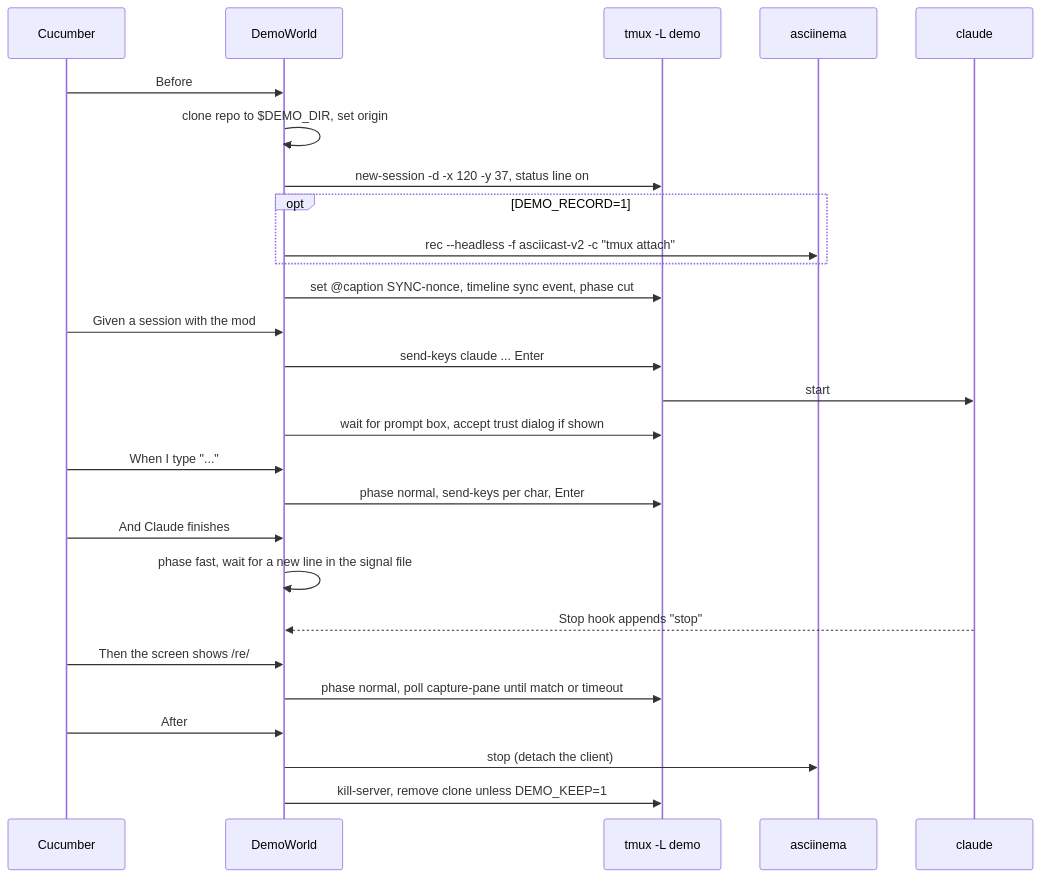
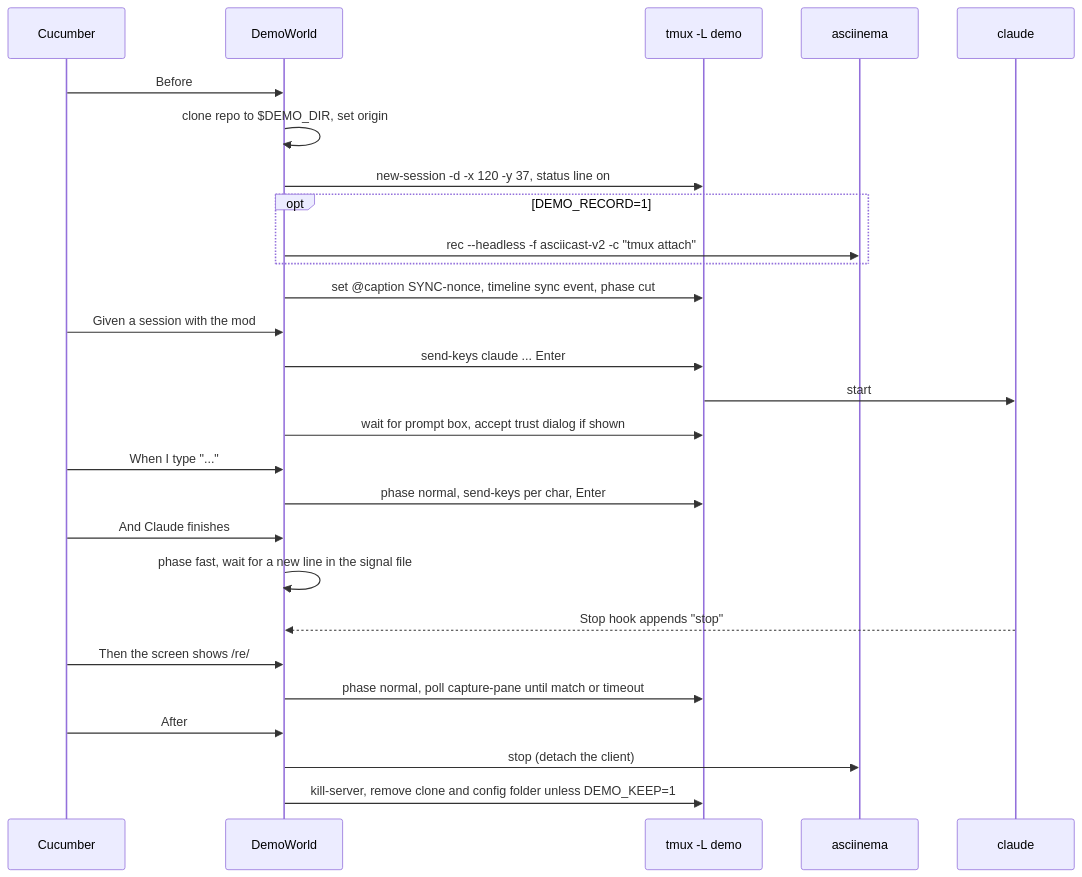
Before and after one commit to martin-macak/claude-code-mod-tracking: the second of 2 diagrams in docs/superpowers/specs/2026-10-11-demo-pipeline-design.md, drawn with Mermaid. The commit also changed other lines of this file and 7 other files, not shown here.

````diff
--- a/docs/superpowers/specs/2026-10-11-demo-pipeline-design.md
+++ b/docs/superpowers/specs/2026-10-11-demo-pipeline-design.md
@@ -142,29 +142,29 @@
 ```mermaid
 sequenceDiagram
   participant Cu as Cucumber
   participant W as DemoWorld
   participant T as tmux -L demo
   participant A as asciinema
   participant Cl as claude
   Cu->>W: Before
   W->>W: clone repo to $DEMO_DIR, set origin
   W->>T: new-session -d -x 120 -y 37, status line on
   opt DEMO_RECORD=1
     W->>A: rec --headless -f asciicast-v2 -c "tmux attach"
   end
   W->>T: set @caption SYNC-nonce, timeline sync event, phase cut
   Cu->>W: Given a session with the mod
   W->>T: send-keys claude ... Enter
   T->>Cl: start
   W->>T: wait for prompt box, accept trust dialog if shown
   Cu->>W: When I type "..."
   W->>T: phase normal, send-keys per char, Enter
   Cu->>W: And Claude finishes
   W->>W: phase fast, wait for a new line in the signal file
   Cl-->>W: Stop hook appends "stop"
   Cu->>W: Then the screen shows /re/
   W->>T: phase normal, poll capture-pane until match or timeout
   Cu->>W: After
   W->>A: stop (detach the client)
-  W->>T: kill-server, remove clone unless DEMO_KEEP=1
+  W->>T: kill-server, remove clone and config folder unless DEMO_KEEP=1
 ```
````
